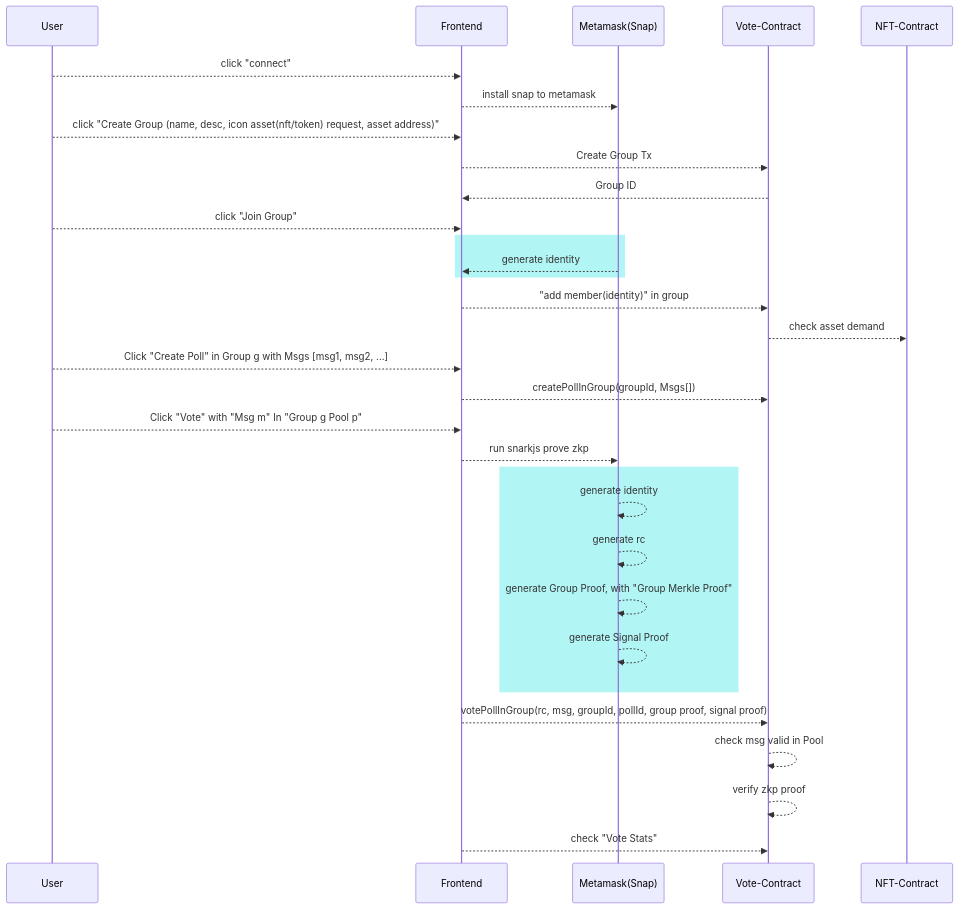
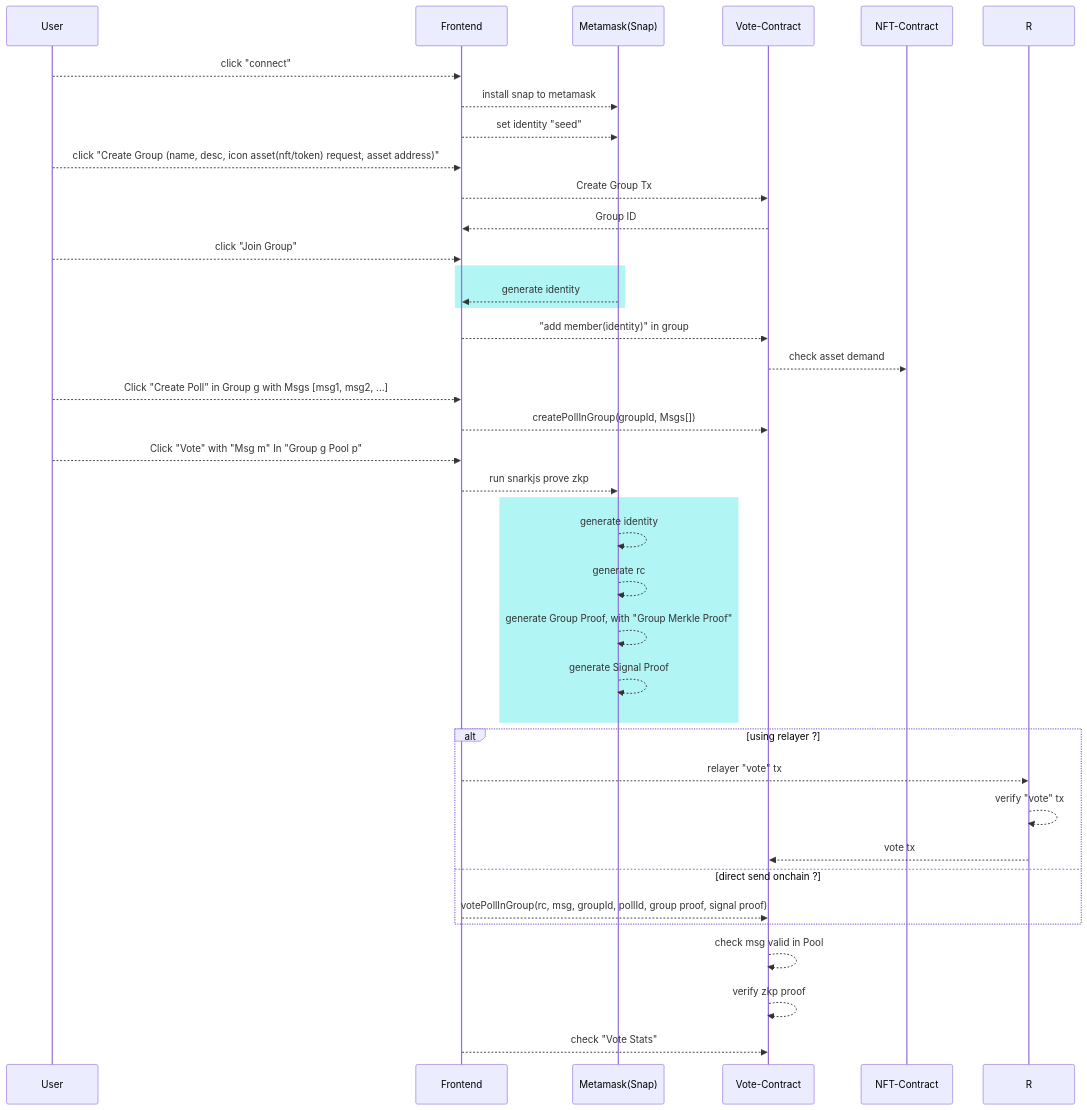
One commit to samzkback/zkVote-web changed the diagram in README.md. Above: the diagram before and after it, drawn with Mermaid. The commit also changed other lines of this file, not shown here.

Commit message:
add relayer in workflow

````diff
--- a/README.md
+++ b/README.md
@@ -3,39 +3,46 @@
 ```mermaid
 sequenceDiagram
 	participant U 	as User
 	participant F 	as Frontend
 	participant M 	as Metamask(Snap)
 	participant VC 	as Vote-Contract
 	participant NC 	as NFT-Contract
 	
   U -->> F : click "connect"
   F -->> M : install snap to metamask
+  F -->> M : set identity "seed"
 
   U -->> F : click "Create Group (name, desc, icon asset(nft/token) request, asset address)"
   F -->> VC : Create Group Tx
   VC -->> F : Group ID
 
   U -->> F : click "Join Group"
 	rect rgba(0, 220, 220, .3)
     M -->> F : generate identity
   end
   F -->> VC : "add member(identity)" in group
   VC -->> NC : check asset demand
 
   U -->> F : Click "Create Poll" in Group g with Msgs [msg1, msg2, ...]
   F -->> VC : createPollInGroup(groupId, Msgs[])
 
   U -->> F : Click "Vote" with "Msg m" In "Group g Pool p"
   F -->> M : run snarkjs prove zkp
 	rect rgba(0, 220, 220, .3)
     M -->> M : generate identity
     M -->> M : generate rc
     M -->> M : generate Group Proof, with "Group Merkle Proof"
     M -->> M : generate Signal Proof 
   end
-  F -->> VC : votePollInGroup(rc, msg, groupId, pollId, group proof, signal proof)
+  alt using relayer ?
+    F -->> R : relayer "vote" tx
+    R -->> R : verify "vote" tx
+    R -->> VC : vote tx
+  else direct send onchain ?
+    F -->> VC : votePollInGroup(rc, msg, groupId, pollId, group proof, signal proof)
+  end
   VC -->> VC : check msg valid in Pool
   VC -->> VC : verify zkp proof
   F -->> VC : check "Vote Stats"
 
 ```
````
